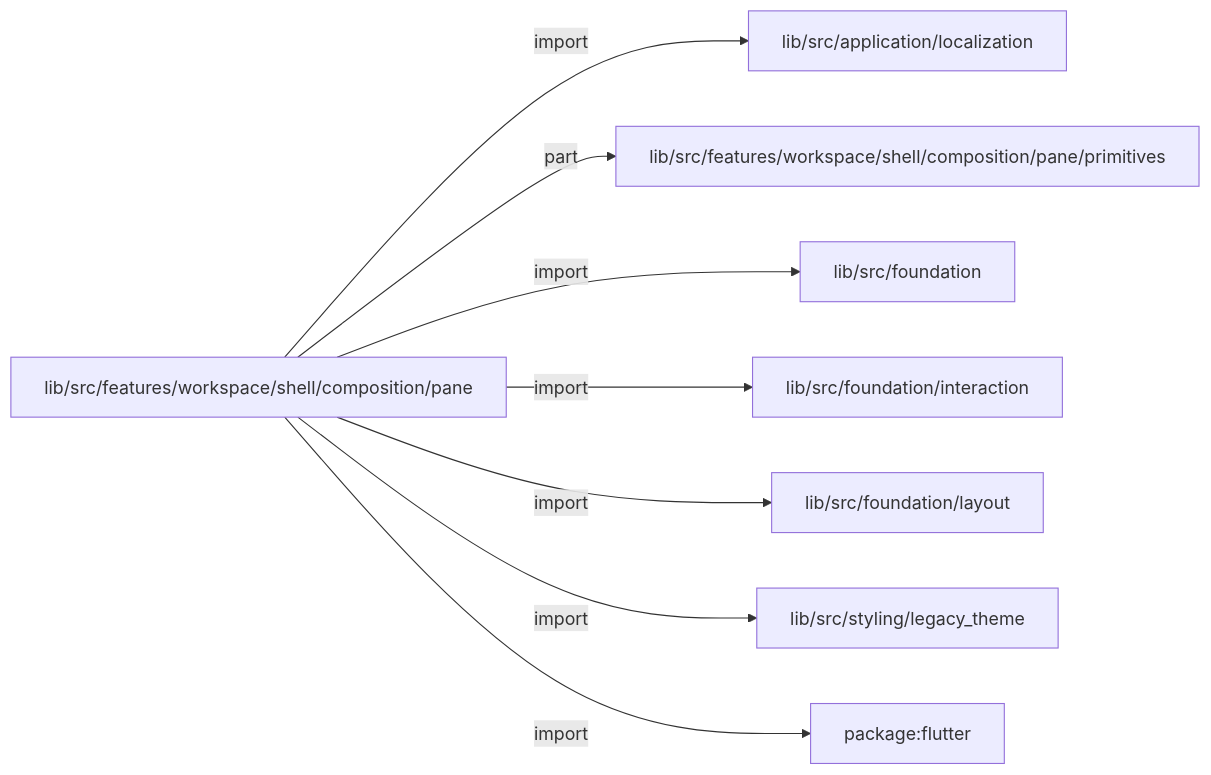
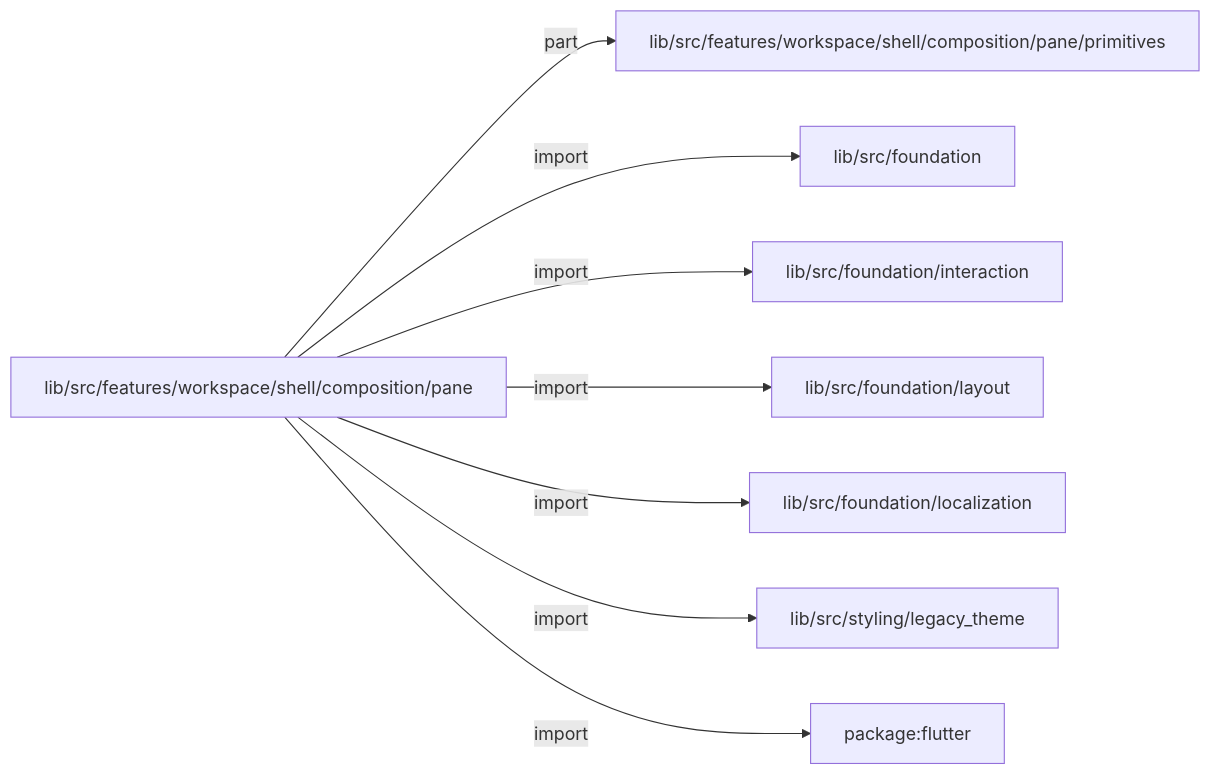
One commit to MiuDog/Kallopis changed the first of 2 diagrams in docs/architecture/src/features/workspace/shell/composition/pane/README.md. Above: the diagram before and after it, drawn with Mermaid. The commit also changed other lines of this file and 9688 other files, not shown here.

Commit message:
Prepare isolated Flow F2 peer baseline

````diff
--- a/docs/architecture/src/features/workspace/shell/composition/pane/README.md
+++ b/docs/architecture/src/features/workspace/shell/composition/pane/README.md
@@ -13,18 +13,18 @@
 ```mermaid
 flowchart LR
 	n0["lib/src/features/workspace/shell/composition/pane"]
-	n1["lib/src/application/localization"]
-	n2["lib/src/features/workspace/shell/composition/pane/primitives"]
-	n3["lib/src/foundation"]
-	n4["lib/src/foundation/interaction"]
-	n5["lib/src/foundation/layout"]
+	n1["lib/src/features/workspace/shell/composition/pane/primitives"]
+	n2["lib/src/foundation"]
+	n3["lib/src/foundation/interaction"]
+	n4["lib/src/foundation/layout"]
+	n5["lib/src/foundation/localization"]
 	n6["lib/src/styling/legacy_theme"]
 	n7["package:flutter"]
-	n0 -->|"import"| n1
-	n0 -->|"part"| n2
+	n0 -->|"part"| n1
+	n0 -->|"import"| n2
 	n0 -->|"import"| n3
 	n0 -->|"import"| n4
 	n0 -->|"import"| n5
 	n0 -->|"import"| n6
 	n0 -->|"import"| n7
 ```
````
